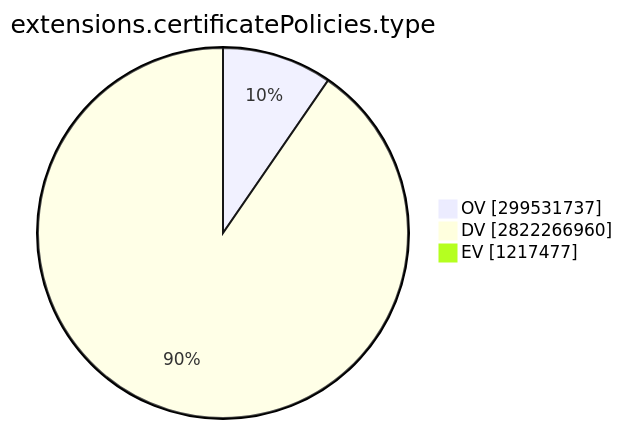
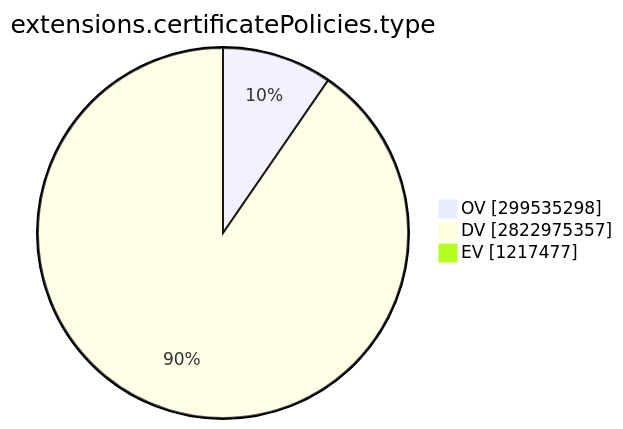
The ninth of 15 diagrams in TOTAL/README.md (christiankrug/ctmonitor_visualization), drawn with Mermaid before and after one commit. The commit also changed other lines of this file, not shown here.

````diff
--- a/TOTAL/README.md
+++ b/TOTAL/README.md
@@ -3101,7 +3101,7 @@
 ```mermaid
 pie showData
 title extensions.certificatePolicies.type
-"OV" :299531737
-"DV" :2822266960
+"OV" :299535298
+"DV" :2822975357
 "EV" :1217477
 ```
````
